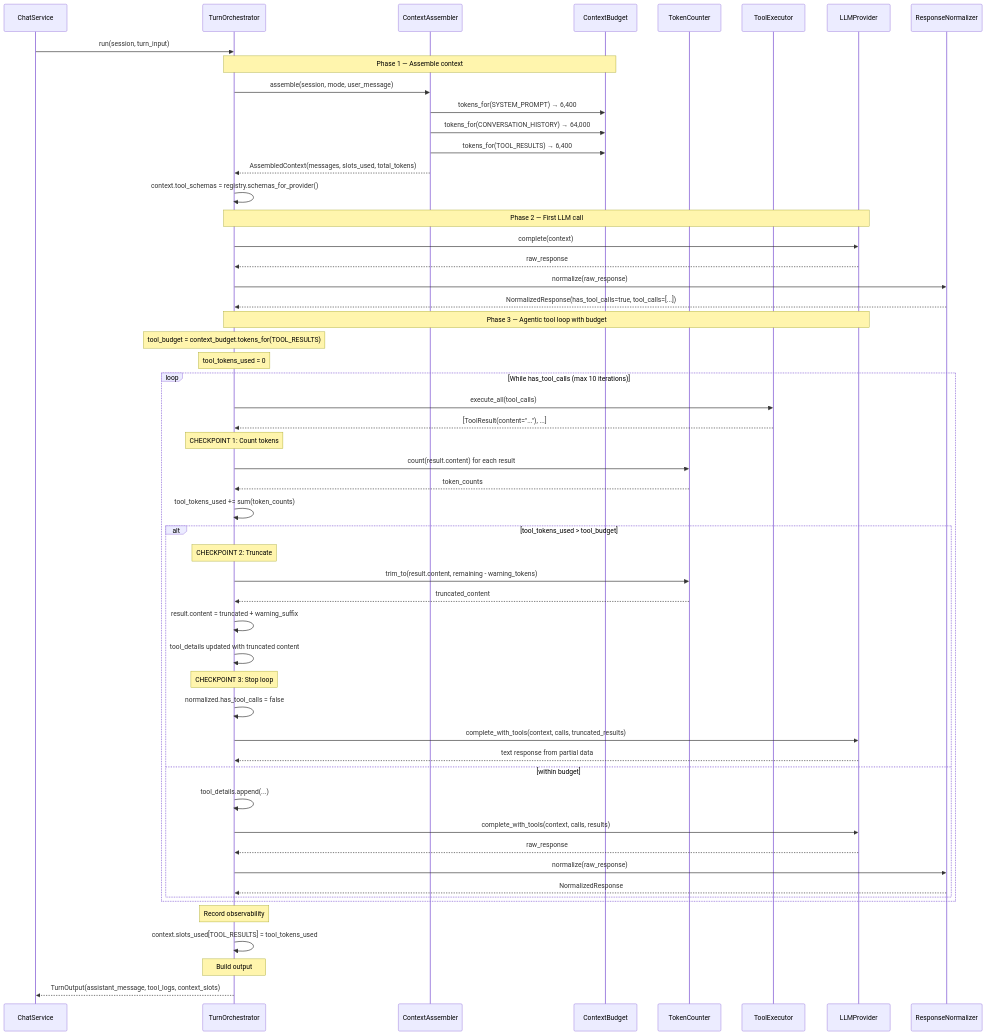
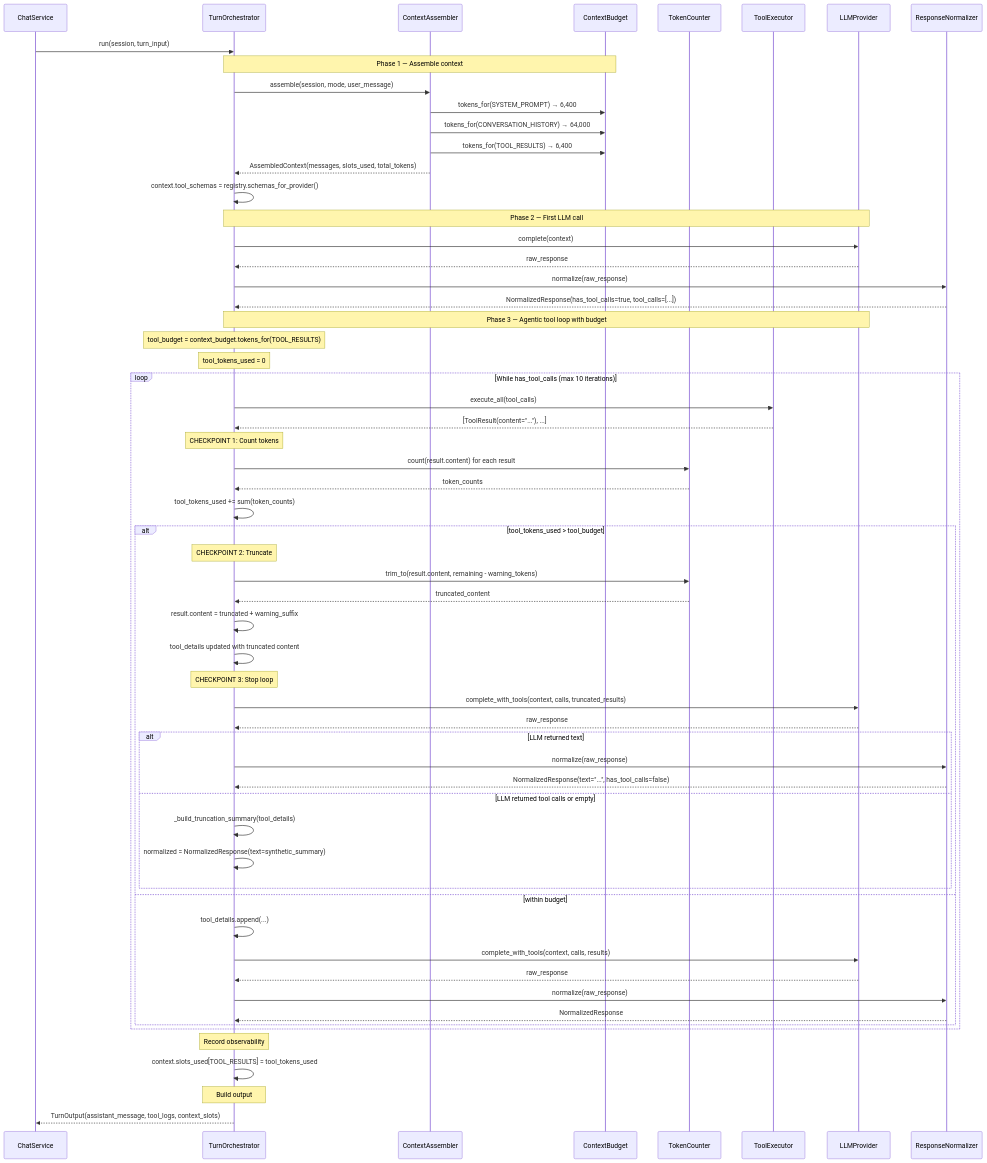
One commit to m1981/kuchnie changed the first of 4 diagrams in kitchen-agent/docs/f01-token-tool-loop.md. Above: the diagram before and after it, drawn with Mermaid. The commit also changed other lines of this file, not shown here.

Commit message:
Document hardened token budget handling and synthetic fallback behavior

````diff
--- a/kitchen-agent/docs/f01-token-tool-loop.md
+++ b/kitchen-agent/docs/f01-token-tool-loop.md
@@ -24,67 +121,74 @@
 ```mermaid
 sequenceDiagram
     participant CS as ChatService
     participant TO as TurnOrchestrator
     participant CA as ContextAssembler
     participant CB as ContextBudget
     participant TC as TokenCounter
     participant TE as ToolExecutor
     participant LLM as LLMProvider
     participant NR as ResponseNormalizer
 
     CS->>TO: run(session, turn_input)
 
     Note over TO,CB: Phase 1 — Assemble context
     TO->>CA: assemble(session, mode, user_message)
     CA->>CB: tokens_for(SYSTEM_PROMPT) → 6,400
     CA->>CB: tokens_for(CONVERSATION_HISTORY) → 64,000
     CA->>CB: tokens_for(TOOL_RESULTS) → 6,400
     CA-->>TO: AssembledContext(messages, slots_used, total_tokens)
 
     TO->>TO: context.tool_schemas = registry.schemas_for_provider()
 
     Note over TO,LLM: Phase 2 — First LLM call
     TO->>LLM: complete(context)
     LLM-->>TO: raw_response
     TO->>NR: normalize(raw_response)
     NR-->>TO: NormalizedResponse(has_tool_calls=true, tool_calls=[...])
 
     Note over TO,LLM: Phase 3 — Agentic tool loop with budget
     Note over TO: tool_budget = context_budget.tokens_for(TOOL_RESULTS)
     Note over TO: tool_tokens_used = 0
 
     loop While has_tool_calls (max 10 iterations)
         TO->>TE: execute_all(tool_calls)
         TE-->>TO: [ToolResult(content="..."), ...]
 
         Note over TO: CHECKPOINT 1: Count tokens
         TO->>TC: count(result.content) for each result
         TC-->>TO: token_counts
         TO->>TO: tool_tokens_used += sum(token_counts)
 
         alt tool_tokens_used > tool_budget
             Note over TO: CHECKPOINT 2: Truncate
             TO->>TC: trim_to(result.content, remaining - warning_tokens)
             TC-->>TO: truncated_content
             TO->>TO: result.content = truncated + warning_suffix
             TO->>TO: tool_details updated with truncated content
 
             Note over TO: CHECKPOINT 3: Stop loop
-            TO->>TO: normalized.has_tool_calls = false
             TO->>LLM: complete_with_tools(context, calls, truncated_results)
-            LLM-->>TO: text response from partial data
+            LLM-->>TO: raw_response
+
+            alt LLM returned text
+                TO->>NR: normalize(raw_response)
+                NR-->>TO: NormalizedResponse(text="...", has_tool_calls=false)
+            else LLM returned tool calls or empty
+                TO->>TO: _build_truncation_summary(tool_details)
+                TO->>TO: normalized = NormalizedResponse(text=synthetic_summary)
+            end
         else within budget
             TO->>TO: tool_details.append(...)
             TO->>LLM: complete_with_tools(context, calls, results)
             LLM-->>TO: raw_response
             TO->>NR: normalize(raw_response)
             NR-->>TO: NormalizedResponse
         end
     end
 
     Note over TO: Record observability
     TO->>TO: context.slots_used[TOOL_RESULTS] = tool_tokens_used
 
     Note over TO: Build output
     TO-->>CS: TurnOutput(assistant_message, tool_logs, context_slots)
 ```
````
